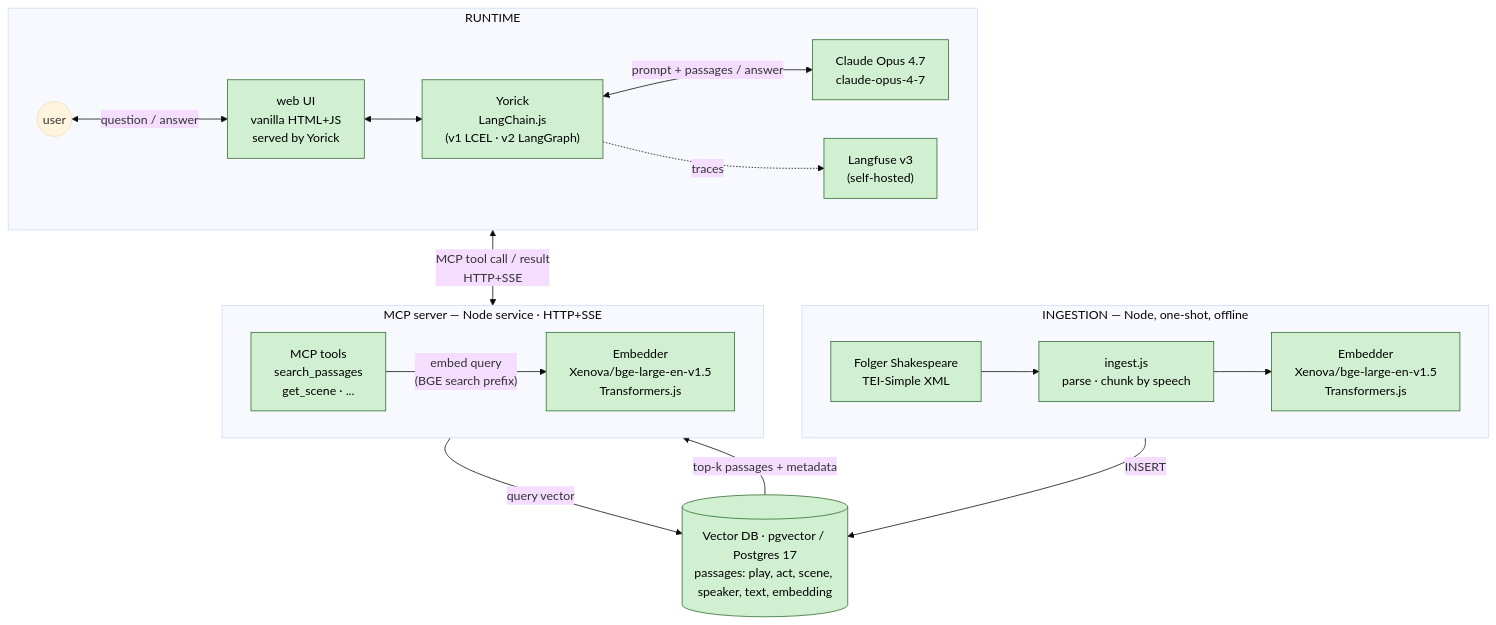
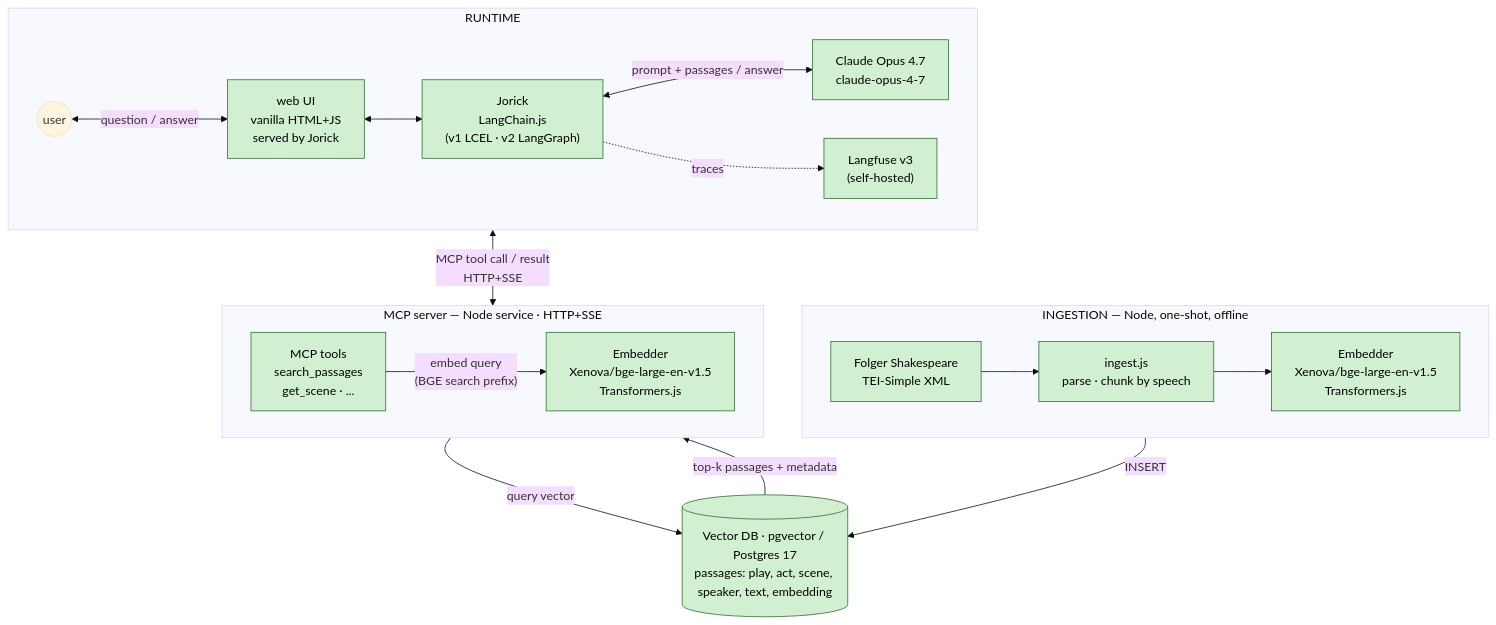
Before and after one commit to amuradyan/jorick: the diagram in notes/braindump.md, drawn with Mermaid (base theme). The commit also changed other lines of this file and 4 other files, not shown here.

Commit message:
🪪 project renamed from Yorick to Jorick

````diff
--- a/notes/braindump.md
+++ b/notes/braindump.md
@@ -19,40 +19,40 @@
 ```mermaid
 flowchart TB
     classDef decided fill:#d1f0d1,stroke:#2d6a2d,color:#000
     classDef tbd fill:#fde3c3,stroke:#a05a00,color:#000
 
     subgraph ingest_path["INGESTION — Node, one-shot, offline"]
         direction LR
         XML["Folger Shakespeare<br/>TEI-Simple XML"]:::decided
         Script["ingest.js<br/>parse · chunk by speech"]:::decided
         Emb1["Embedder<br/>Xenova/bge-large-en-v1.5<br/>Transformers.js"]:::decided
         XML --> Script --> Emb1
     end
 
     DB[("Vector DB · pgvector / Postgres 17<br/>passages: play, act, scene, speaker, text, embedding")]:::decided
 
     subgraph mcp_server["MCP server — Node service · HTTP+SSE"]
         direction LR
         Emb2["Embedder<br/>Xenova/bge-large-en-v1.5<br/>Transformers.js"]:::decided
         McpTools["MCP tools<br/>search_passages<br/>get_scene · ..."]:::decided
         McpTools -- "embed query<br/>(BGE search prefix)" --> Emb2
     end
 
     subgraph runtime["RUNTIME"]
         direction LR
         User((user))
-        UI["web UI<br/>vanilla HTML+JS<br/>served by Yorick"]:::decided
-        Agent["Yorick<br/>LangChain.js<br/>(v1 LCEL · v2 LangGraph)"]:::decided
+        UI["web UI<br/>vanilla HTML+JS<br/>served by Jorick"]:::decided
+        Agent["Jorick<br/>LangChain.js<br/>(v1 LCEL · v2 LangGraph)"]:::decided
         LLM["Claude Opus 4.7<br/>claude-opus-4-7"]:::decided
         Obs["Langfuse v3<br/>(self-hosted)"]:::decided
         User <-- "question / answer" --> UI
         UI <--> Agent
         Agent <-- "prompt + passages / answer" --> LLM
         Agent -. "traces" .-> Obs
     end
 
     Emb1 -- "INSERT" --> DB
     Emb2 -- "query vector" --> DB
     DB -- "top-k passages + metadata" --> McpTools
     Agent <-- "MCP tool call / result<br/>HTTP+SSE" --> McpTools
 ```
````
